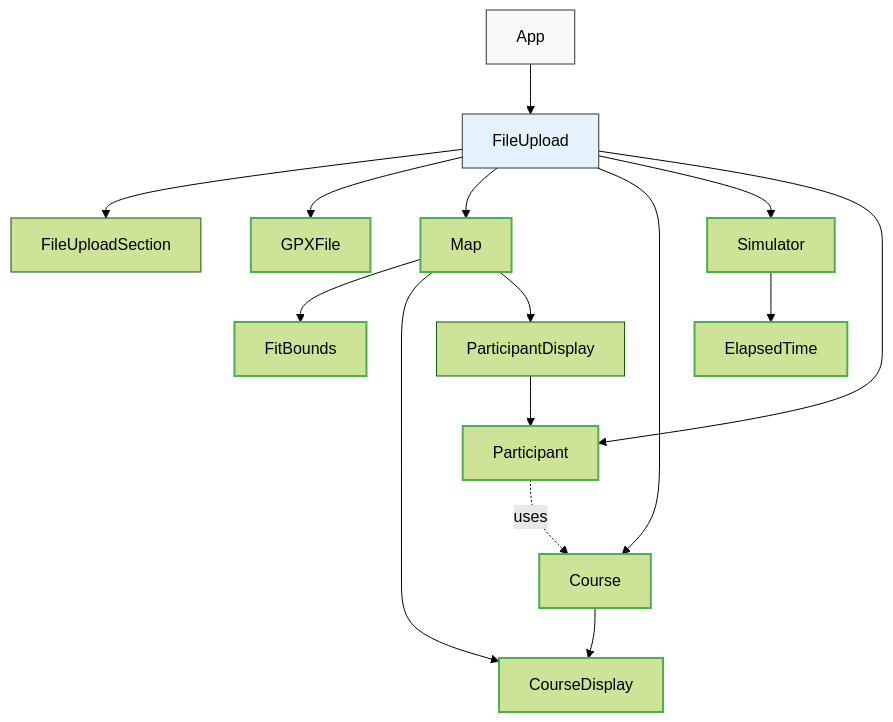
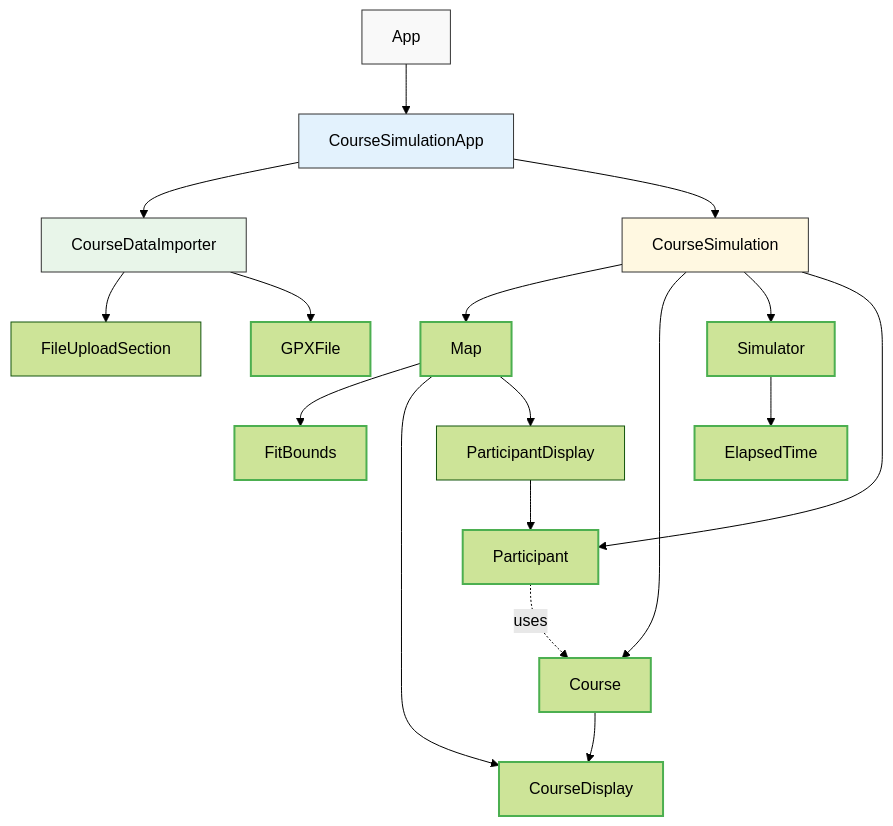
Before and after one commit to johnsyweb/crashcourse: the diagram in README.md, drawn with Mermaid (forest theme). The commit also changed other lines of this file and 24 other files, not shown here.

Commit message:
refactor: implement component-based architecture

````diff
--- a/README.md
+++ b/README.md
@@ -143,28 +151,32 @@
 ```mermaid
 graph TD
-    App[App] --> FU[FileUpload]
-    FU --> FUS[FileUploadSection]
-    FU --> GPX[GPXFile]
-    FU --> M[Map]
+    App[App] --> CSA[CourseSimulationApp]
+    CSA --> CDI[CourseDataImporter]
+    CDI --> FUS[FileUploadSection]
+    CDI --> GPX[GPXFile]
+    CSA --> CS[CourseSimulation]
+    CS --> M[Map]
     M --> FB[FitBounds]
     M --> CD[CourseDisplay]
     M --> PD[ParticipantDisplay]
-    FU --> C[Course]
+    CS --> C[Course]
     C --> CD
-    FU --> S[Simulator]
+    CS --> S[Simulator]
     S --> ET[ElapsedTime]
-    FU --> P[Participant]
+    CS --> P[Participant]
     P -.uses.-> C
     PD --> P
 
     style ET stroke:#4CAF50,stroke-width:2px
     style GPX stroke:#4CAF50,stroke-width:2px
     style C stroke:#4CAF50,stroke-width:2px
     style CD stroke:#4CAF50,stroke-width:2px
     style P stroke:#4CAF50,stroke-width:2px
     style M stroke:#4CAF50,stroke-width:2px
     style S stroke:#4CAF50,stroke-width:2px
     style FB stroke:#4CAF50,stroke-width:2px
     style App fill:#f9f9f9,stroke:#333,stroke-width:1px
-    style FU fill:#e3f2fd,stroke:#333,stroke-width:1px
+    style CSA fill:#e3f2fd,stroke:#333,stroke-width:1px
+    style CDI fill:#e8f5e9,stroke:#333,stroke-width:1px
+    style CS fill:#fff8e1,stroke:#333,stroke-width:1px
 ```
````
